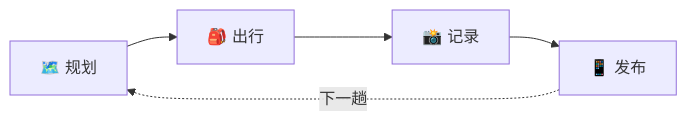
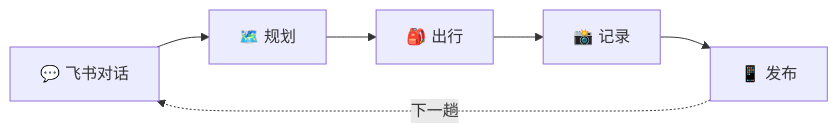
The first of 4 diagrams in i18n/zh-Hans/docusaurus-plugin-content-docs/current/hackathons/2026/nvidia-dgx-spark.md (peterpanstechland/peterpanstechland.github.io), drawn with Mermaid before and after one commit. The commit also changed other lines of this file and 1 other file, not shown here.

First line of the commit message:
docs: update travel loop flow and move ai-guide image to step zero

````diff
--- a/i18n/zh-Hans/docusaurus-plugin-content-docs/current/hackathons/2026/nvidia-dgx-spark.md
+++ b/i18n/zh-Hans/docusaurus-plugin-content-docs/current/hackathons/2026/nvidia-dgx-spark.md
@@ -136,7 +136,8 @@
 ```mermaid
 graph LR
-    Plan["🗺️ 规划"] --> Go["🎒 出行"]
+    Chat["💬 飞书对话"] --> Plan["🗺️ 规划"]
+    Plan --> Go["🎒 出行"]
     Go --> Record["📸 记录"]
     Record --> Publish["📱 发布"]
-    Publish -.->|"下一趟"| Plan
+    Publish -.->|"下一趟"| Chat
 ```
````
